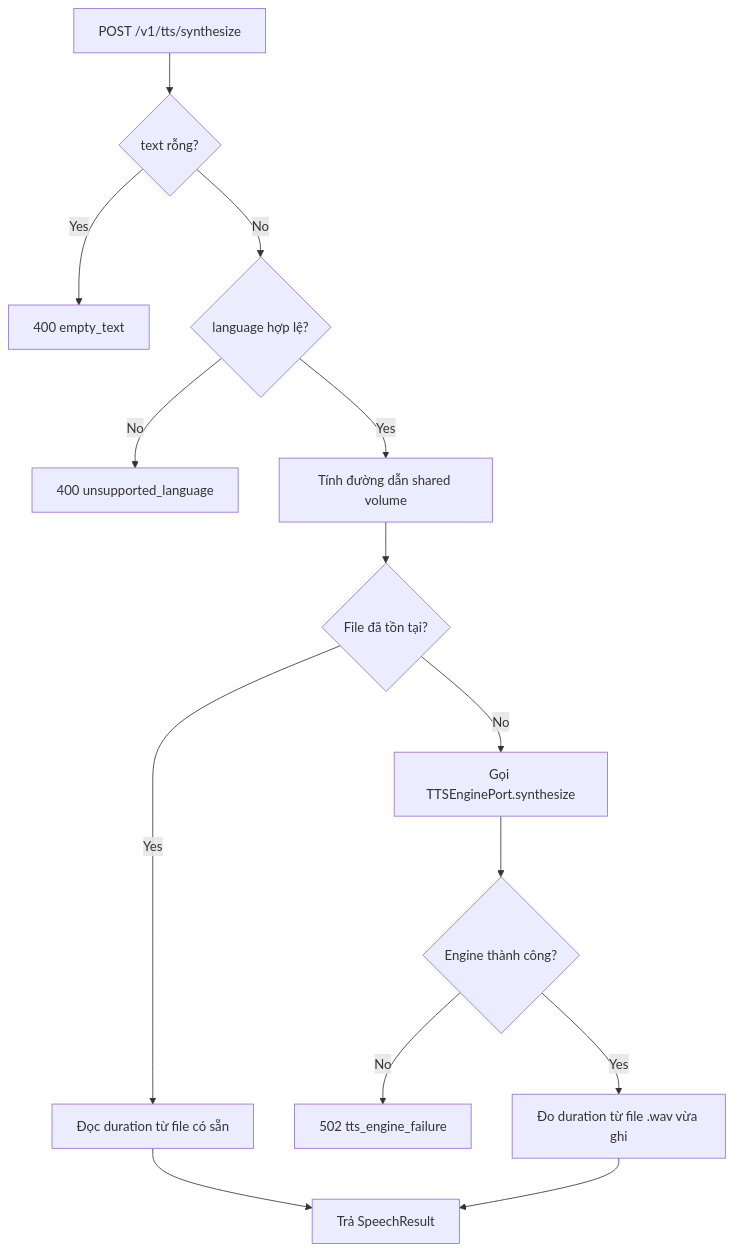
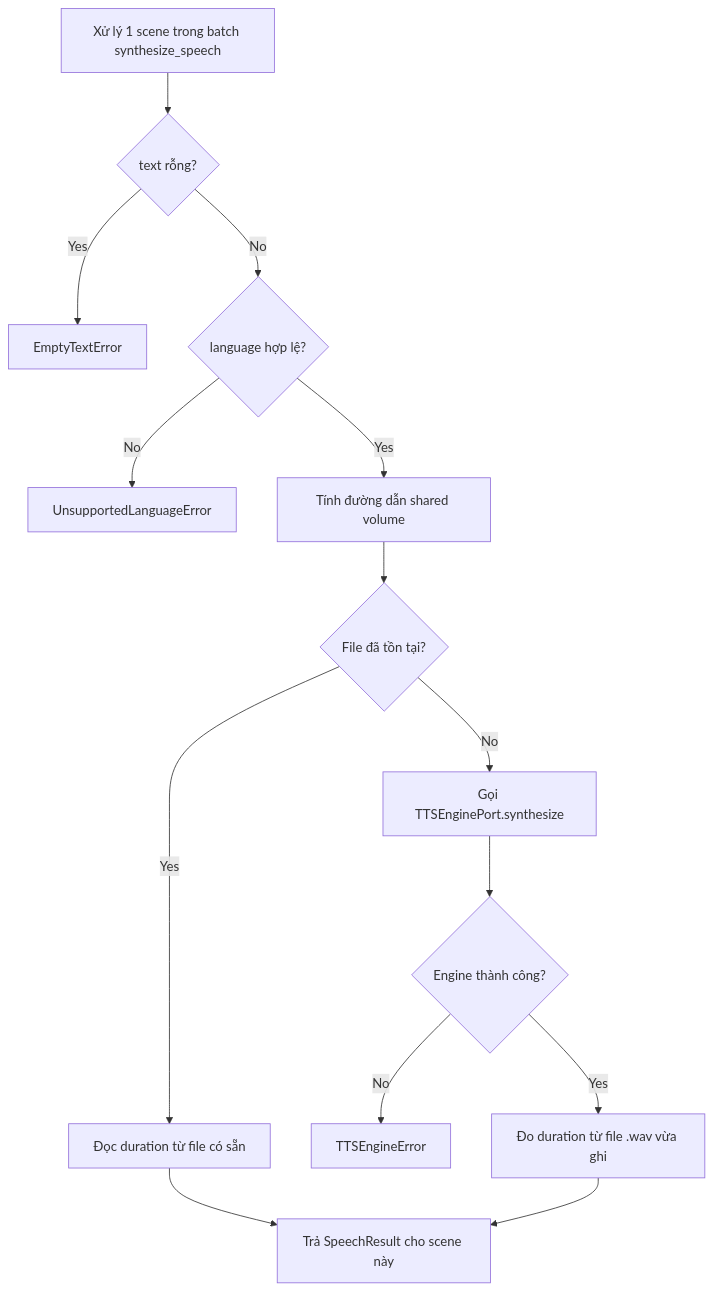
One commit to ngoc31031997/ConceptFlow changed the diagram in aidlc-docs/construction/tts-service/functional-design/business-logic-model.md. Above: the diagram before and after it, drawn with Mermaid. The commit also changed other lines of this file and 39 other files, not shown here.

````diff
--- a/aidlc-docs/construction/tts-service/functional-design/business-logic-model.md
+++ b/aidlc-docs/construction/tts-service/functional-design/business-logic-model.md
@@ -24,16 +26,16 @@
 ```mermaid
 flowchart TD
-    A[POST /v1/tts/synthesize] --> B{text rỗng?}
-    B -- Yes --> B1[400 empty_text]
+    A[Xử lý 1 scene trong batch synthesize_speech] --> B{text rỗng?}
+    B -- Yes --> B1[EmptyTextError]
     B -- No --> C{language hợp lệ?}
-    C -- No --> C1[400 unsupported_language]
+    C -- No --> C1[UnsupportedLanguageError]
     C -- Yes --> D[Tính đường dẫn shared volume]
     D --> E{File đã tồn tại?}
     E -- Yes --> F[Đọc duration từ file có sẵn]
     E -- No --> G[Gọi TTSEnginePort.synthesize]
     G --> H{Engine thành công?}
-    H -- No --> H1[502 tts_engine_failure]
+    H -- No --> H1[TTSEngineError]
     H -- Yes --> I[Đo duration từ file .wav vừa ghi]
-    F --> J[Trả SpeechResult]
+    F --> J[Trả SpeechResult cho scene này]
     I --> J
 ```
````
